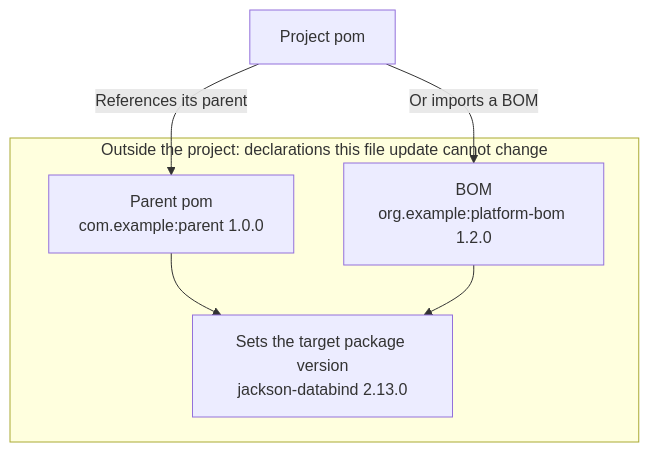
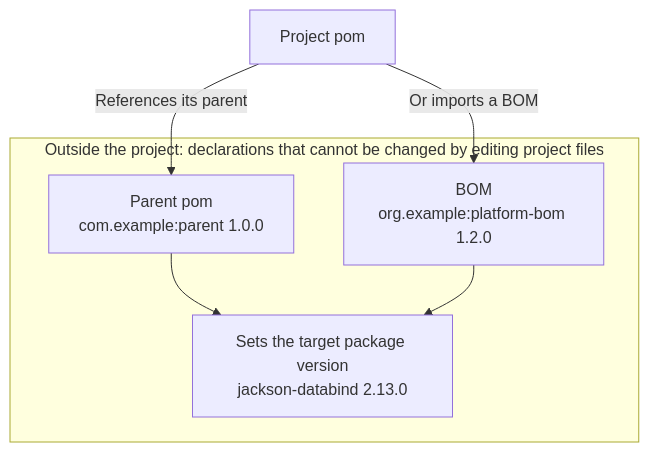
Before and after one commit to kitsunetrail/kestrelynx: the third of 4 diagrams in docs/documentation/remediation-results.md, drawn with Mermaid. The commit also changed other lines of this file and 19 other files, not shown here.

````diff
--- a/docs/documentation/remediation-results.md
+++ b/docs/documentation/remediation-results.md
@@ -488,9 +488,9 @@
 ```mermaid
 flowchart TD
     P["Project pom"] -->|"References its parent"| A["Parent pom<br/>com.example:parent 1.0.0"]
     P -->|"Or imports a BOM"| B["BOM<br/>org.example:platform-bom 1.2.0"]
-    subgraph E["Outside the project: declarations this file update cannot change"]
+    subgraph E["Outside the project: declarations that cannot be changed by editing project files"]
         A --> V["Sets the target package version<br/>jackson-databind 2.13.0"]
         B --> V
     end
 ```
````
